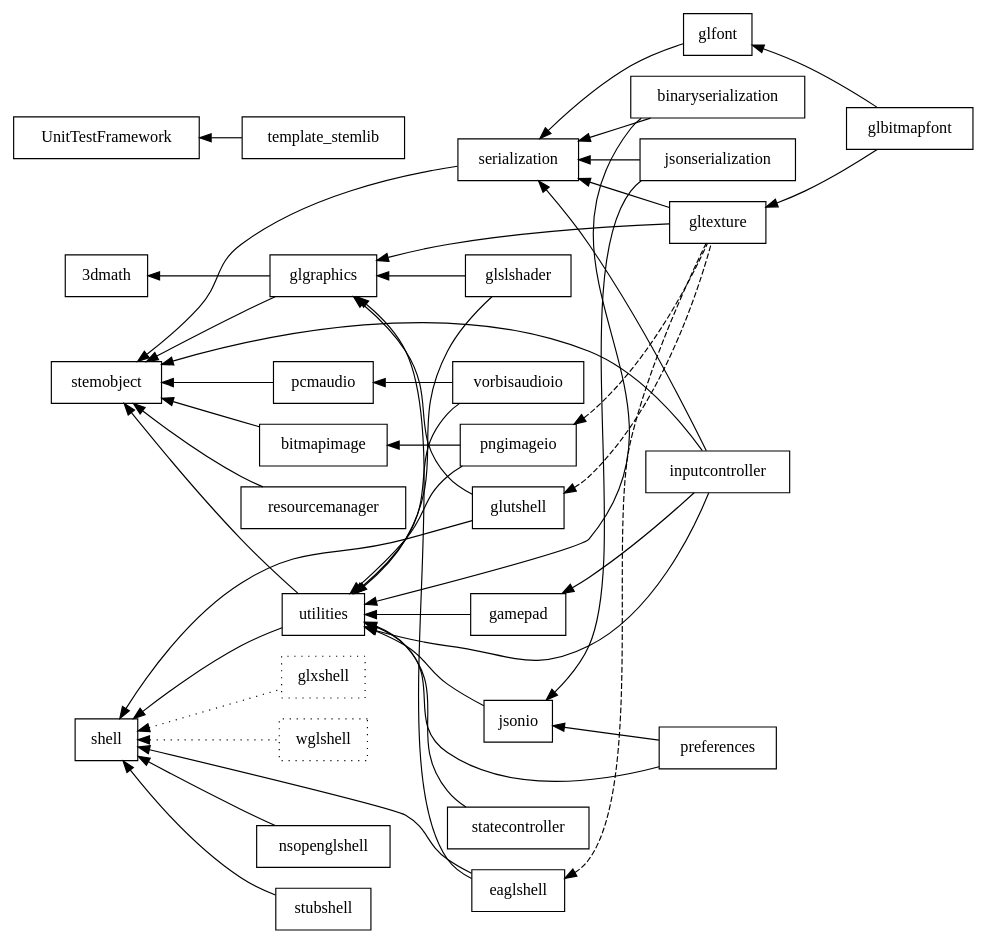
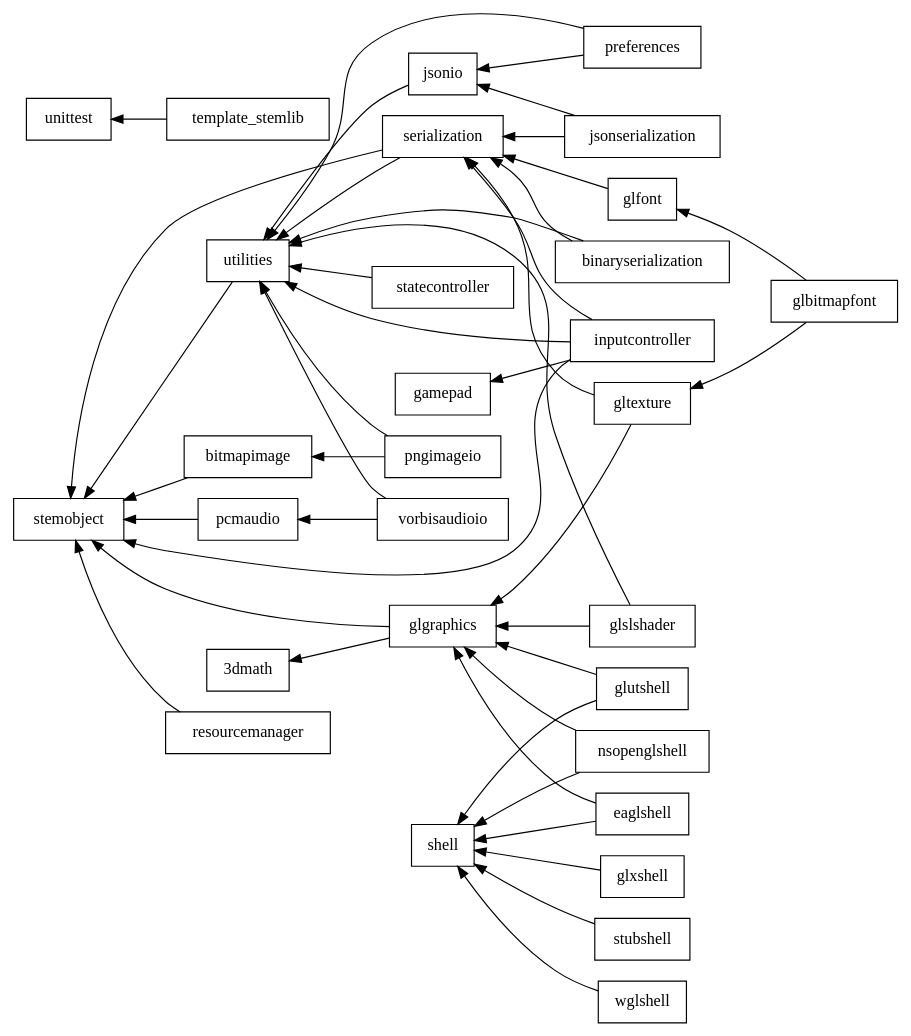
Before and after one commit to NearlyTRex/Stem: the diagram in meta/stem.dot, drawn with Graphviz.

Commit message:
Updated dependency graph

```diff
--- a/meta/stem.dot
+++ b/meta/stem.dot
@@ -1,53 +1,47 @@
 digraph stem {
 	graph [rankdir=LR];
 	node [shape=box];
 	edge [dir=back];
 	
 	"3dmath" -> glgraphics;
 	preferences;
 	serialization -> {binaryserialization; glfont; gltexture; inputcontroller; jsonserialization}
-	shell -> {eaglshell; glutshell; nsopenglshell; stubshell; utilities};
-	shell -> {glxshell; wglshell} [style=dotted];
+	shell -> {eaglshell; glutshell; nsopenglshell; stubshell; wglshell; glxshell};
 	stemobject -> {bitmapimage; glgraphics; inputcontroller; pcmaudio; resourcemanager; serialization; utilities};
-	UnitTestFramework -> template_stemlib;
+	unittest -> template_stemlib;
+	gamepad;
 	
 	bitmapimage -> pngimageio;
-	eaglshell -> gltexture [style=dashed];
-	glgraphics -> {eaglshell; gltexture; glutshell; glslshader};
-	glutshell -> gltexture [style=dashed];
-	pcmaudio -> {vorbisaudioio};
-	pngimageio -> gltexture [style=dashed];
-	utilities -> {gamepad; jsonio; pngimageio; preferences; statecontroller; binaryserialization; glslshader; vorbisaudioio; inputcontroller};
+	glgraphics -> {eaglshell; gltexture; glutshell; glslshader; nsopenglshell};
+	pcmaudio -> vorbisaudioio;
+	utilities -> {jsonio; pngimageio; preferences; statecontroller; binaryserialization; glslshader; vorbisaudioio; inputcontroller; serialization};
 	
 	gamepad -> inputcontroller;
 	gltexture -> glbitmapfont;
 	glfont -> glbitmapfont;
 	jsonio -> {jsonserialization; preferences};
 	
 	shell [group="shells"];
 	eaglshell [group="shells"];
 	glutshell [group="shells"];
 	glxshell [group="shells"];
 	nsopenglshell [group="shells"];
 	stubshell [group="shells"];
 	wglshell [group="shells"];
 	
 	serialization [group="serialization"];
 	binaryserialization [group="serialization"];
 	jsonserialization [group="serialization"];
 	
 	glgraphics [group="opengl"];
 	gltexture [group="opengl"];
 	glfont [group="opengl"];
 	glbitmapfont [group="opengl"];
 	glslshader [group="opengl"];
 	
 	bitmapimage [group="image"];
 	pngimageio [group="image"];
 	
 	pcmaudio [group="audio"];
 	vorbisaudioio [group="audio"];
-	
-	glxshell [style=dotted];
-	wglshell [style=dotted];
 }
```
